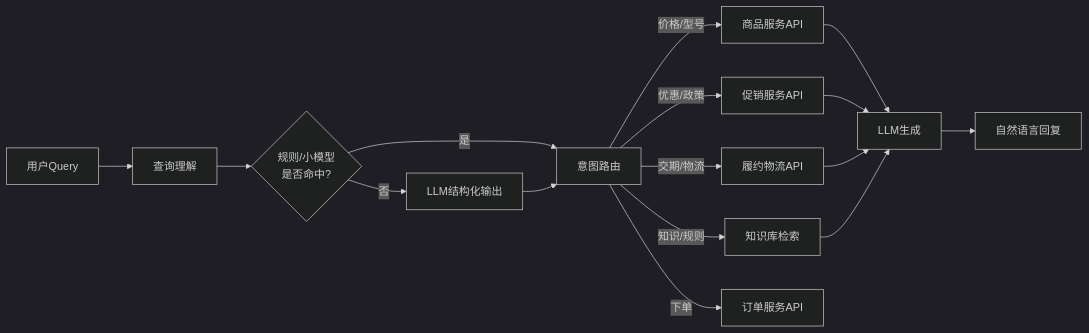
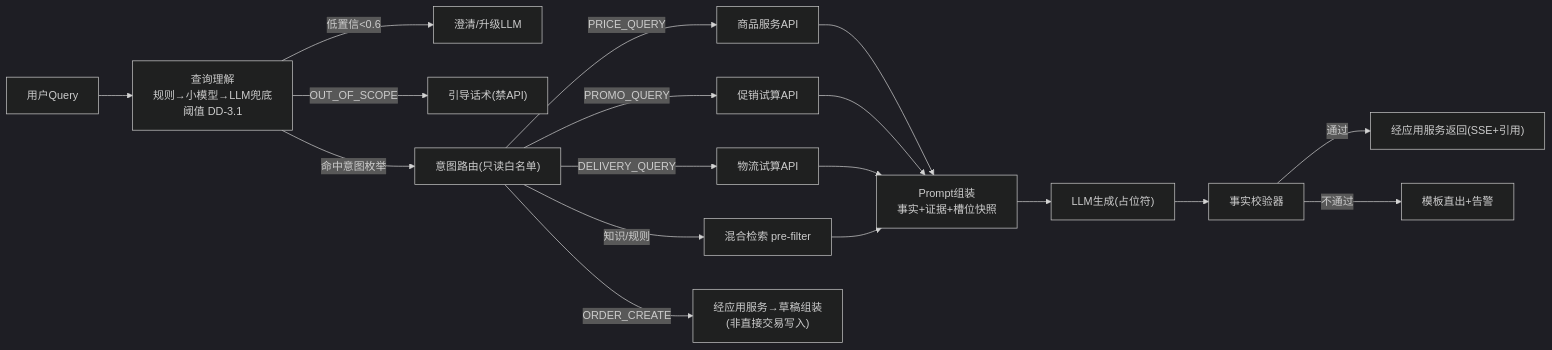
One commit to PunjabLee/Order_RAG changed the fifth of 5 diagrams in 设计文档.md. Above: the diagram before and after it, drawn with Mermaid (dark theme). The commit also changed other lines of this file, not shown here.

````diff
--- a/设计文档.md
+++ b/设计文档.md
@@ -599,18 +1188,20 @@
 ```mermaid
 flowchart LR
-    Q["用户Query"] --> QU["查询理解"]
-    QU --> RULE{"规则/小模型\n是否命中?"}
-    RULE -->|是| ROUTE["意图路由"]
-    RULE -->|否| LLM_QU["LLM结构化输出"]
-    LLM_QU --> ROUTE
-    ROUTE -->|价格/型号| PROD_API["商品服务API"]
-    ROUTE -->|优惠/政策| PROMO_API["促销服务API"]
-    ROUTE -->|交期/物流| LOGI_API["履约物流API"]
-    ROUTE -->|知识/规则| RETRIEVE["知识库检索"]
-    ROUTE -->|下单| ORDER_API["订单服务API"]
-    PROD_API --> GEN["LLM生成"]
-    PROMO_API --> GEN
-    LOGI_API --> GEN
-    RETRIEVE --> GEN
-    GEN --> REPLY["自然语言回复"]
+    QY["用户Query"] --> QU["查询理解<br/>规则→小模型→LLM兜底<br/>阈值 DD-3.1"]
+    QU -->|低置信<0.6| CLAR["澄清/升级LLM"]
+    QU -->|OUT_OF_SCOPE| Guide["引导话术(禁API)"]
+    QU -->|命中意图枚举| RT["意图路由(只读白名单)"]
+    RT -->|PRICE_QUERY| PA["商品服务API"]
+    RT -->|PROMO_QUERY| PB["促销试算API"]
+    RT -->|DELIVERY_QUERY| PC["物流试算API"]
+    RT -->|知识/规则| RD["混合检索 pre-filter"]
+    RT -->|ORDER_CREATE| DRF["经应用服务→草稿组装<br/>(非直接交易写入)"]
+    PA --> PR2["Prompt组装<br/>事实+证据+槽位快照"]
+    PB --> PR2
+    PC --> PR2
+    RD --> PR2
+    PR2 --> GN["LLM生成(占位符)"]
+    GN --> FC2["事实校验器"]
+    FC2 -->|通过| SOP["经应用服务返回(SSE+引用)"]
+    FC2 -->|不通过| TPL["模板直出+告警"]
 ```
````
